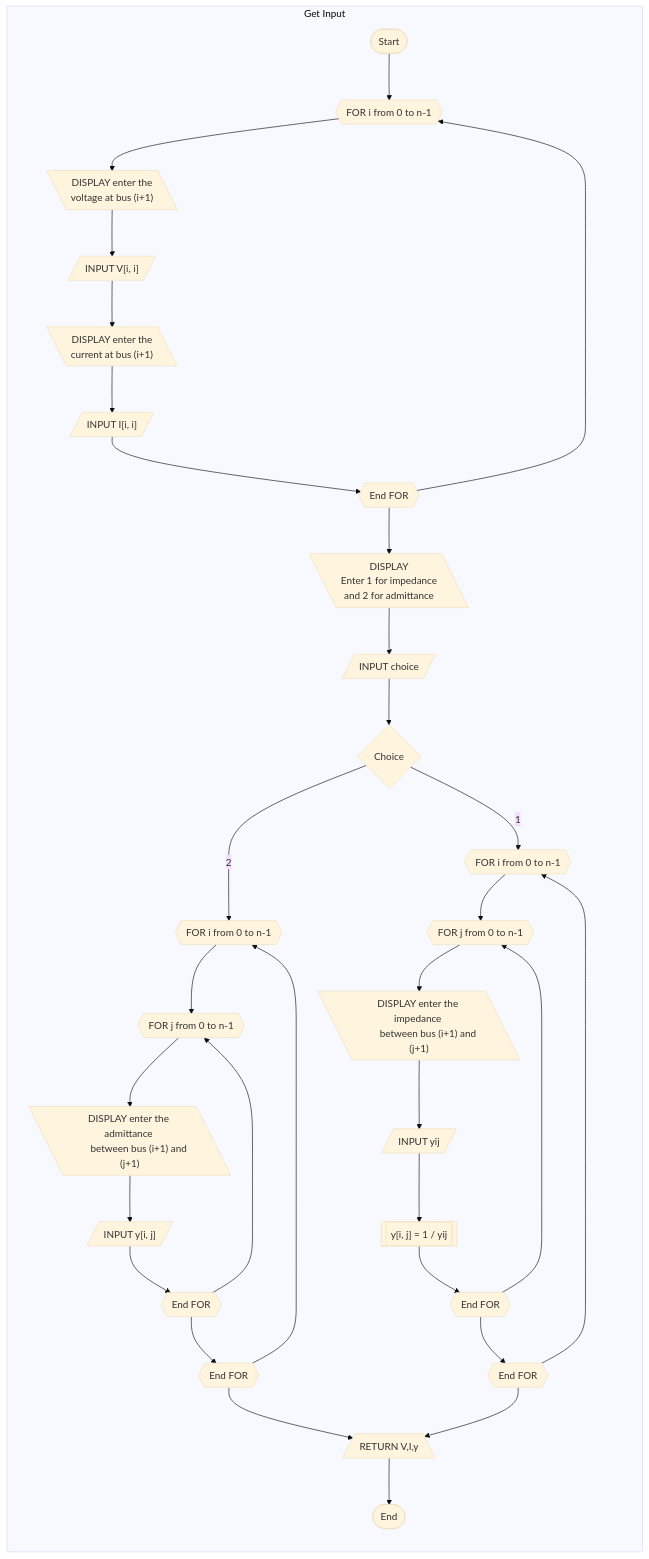
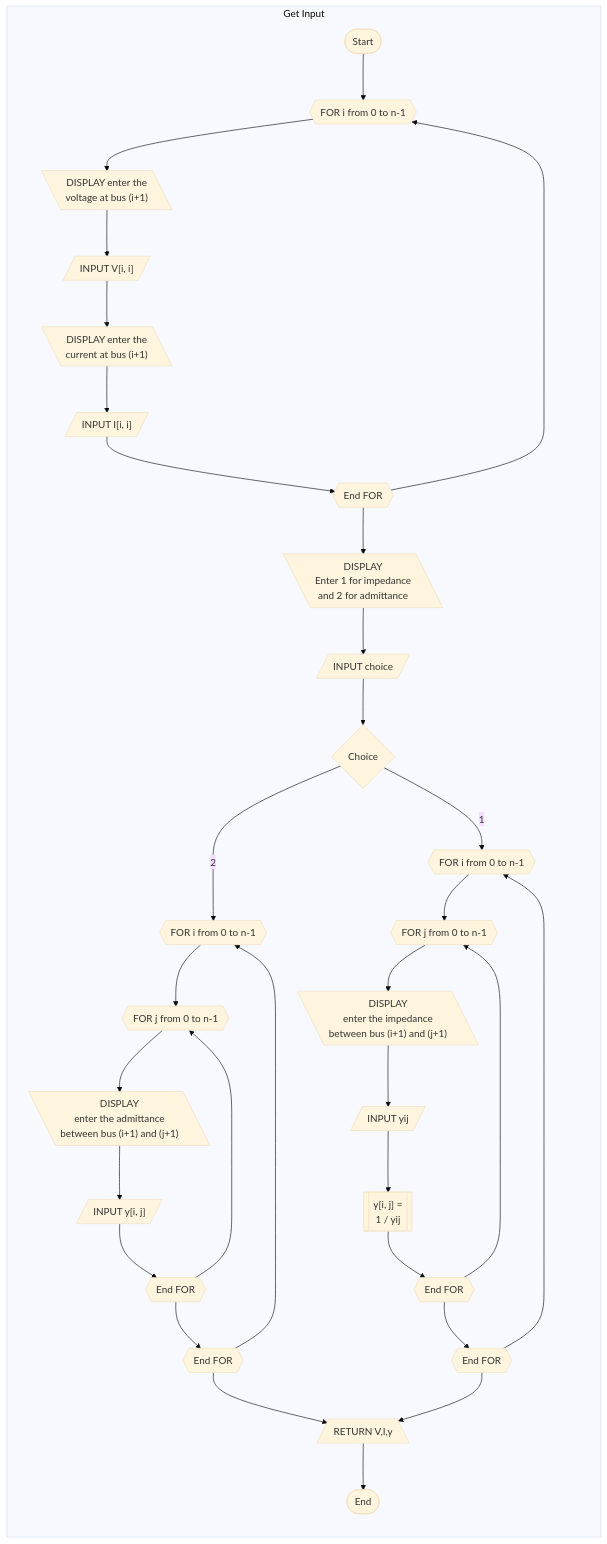
The first of 4 diagrams in line-flows-and-losses.md (Sree2011/flowcharts-load-flow-analysis), drawn with Mermaid (base theme) before and after one commit.

```diff
--- a/line-flows-and-losses.md
+++ b/line-flows-and-losses.md
@@ -10,43 +10,46 @@
 <pre class="mermaid">
 graph LR
     subgraph "Get Input"
         direction TB
         K([Start])
         K --> L[FOR i from 0 to n-1]@{shape: hex}
         L --> M["DISPLAY enter the 
         voltage at bus (i+1)"]@{shape: lean-left}
         M --> N["INPUT V[i, i]"]@{shape: lean-right}
         N --> O["DISPLAY enter the 
         current at bus (i+1)"]@{shape: lean-left}
         O --> P["INPUT I[i, i]"]@{shape: lean-right}
         P --> Q[End FOR]@{shape: hex}
         Q --> L
         Q --> R["DISPLAY 
         Enter 1 for impedance 
         and 2 for admittance"]@{shape: lean-left}
         R --> S[INPUT choice]@{shape: lean-right}
         S --> S1[Choice]@{shape: diam}
         S1 --> |1| T[FOR i from 0 to n-1]@{shape: hex}
         T --> U[FOR j from 0 to n-1]@{shape: hex}
-        U --> V["DISPLAY enter the impedance 
+        U --> V["DISPLAY 
+        enter the impedance
         between bus (i+1) and (j+1)"]@{shape: lean-left}
         V --> W[INPUT yij]@{shape: lean-right}
-        W --> X[["y[i, j] = 1 / yij"]]
+        W --> X[["y[i, j] = 
+        1 / yij"]]
         X --> Y[End FOR]@{shape: hex}
         Y --> U
         Y --> Z[End FOR]@{shape: hex}
         Z --> T
         S1 --> |2| BB[FOR i from 0 to n-1]@{shape: hex}
         BB --> CC[FOR j from 0 to n-1]@{shape: hex}
-        CC --> DD["DISPLAY enter the admittance 
+        CC --> DD["DISPLAY 
+        enter the admittance 
         between bus (i+1) and (j+1)"]@{shape: lean-left}
         DD --> EE["INPUT y[i, j]"]@{shape: lean-right}
         EE --> FF[End FOR]@{shape: hex}
         FF --> CC
         FF --> GG[End FOR]@{shape: hex}
         GG --> BB
         GG --> II[/RETURN V,I,y\]
         Z --> II
         II --> JJ([End])
     end
 </pre>
```
